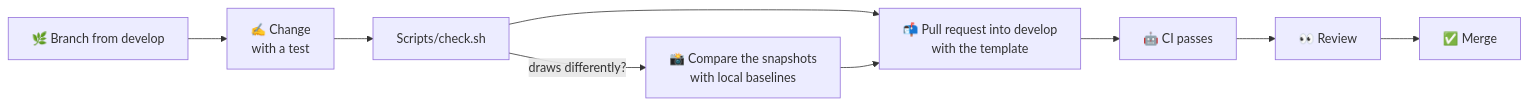
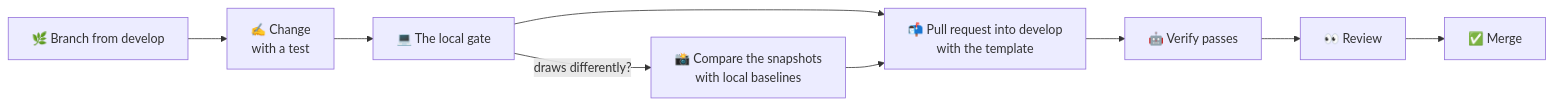
The first of 4 diagrams in CONTRIBUTING.md (qeetgroup/qeetrix-ios), drawn with Mermaid before and after one commit. The commit also changed other lines of this file and 16 other files, not shown here.

````diff
--- a/CONTRIBUTING.md
+++ b/CONTRIBUTING.md
@@ -20,11 +20,11 @@
 ```mermaid
 flowchart LR
     A["🌿 Branch from develop"] --> B["✍️ Change<br/>with a test"]
-    B --> C["Scripts/check.sh"]
+    B --> C["💻 The local gate"]
     C -- "draws differently?" --> D["📸 Compare the snapshots<br/>with local baselines"]
     C --> E["📬 Pull request into develop<br/>with the template"]
     D --> E
-    E --> F["🤖 CI passes"]
+    E --> F["🤖 Verify passes"]
     F --> G["👀 Review"]
     G --> H["✅ Merge"]
 ```
````
